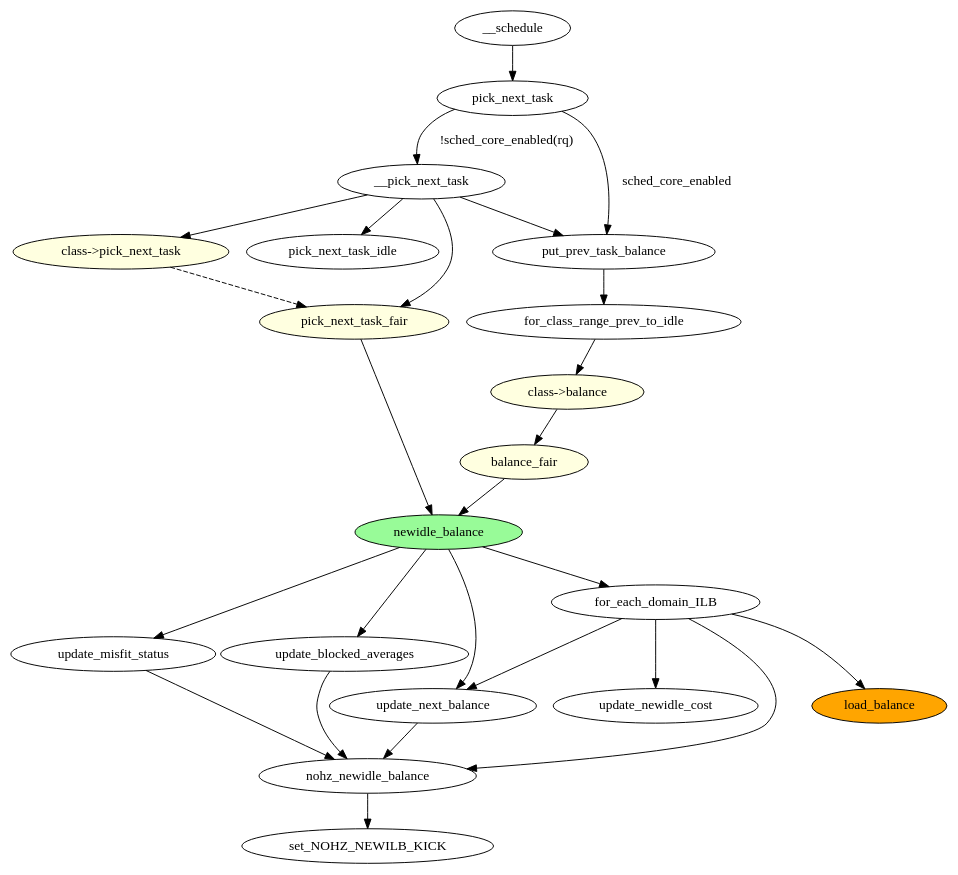
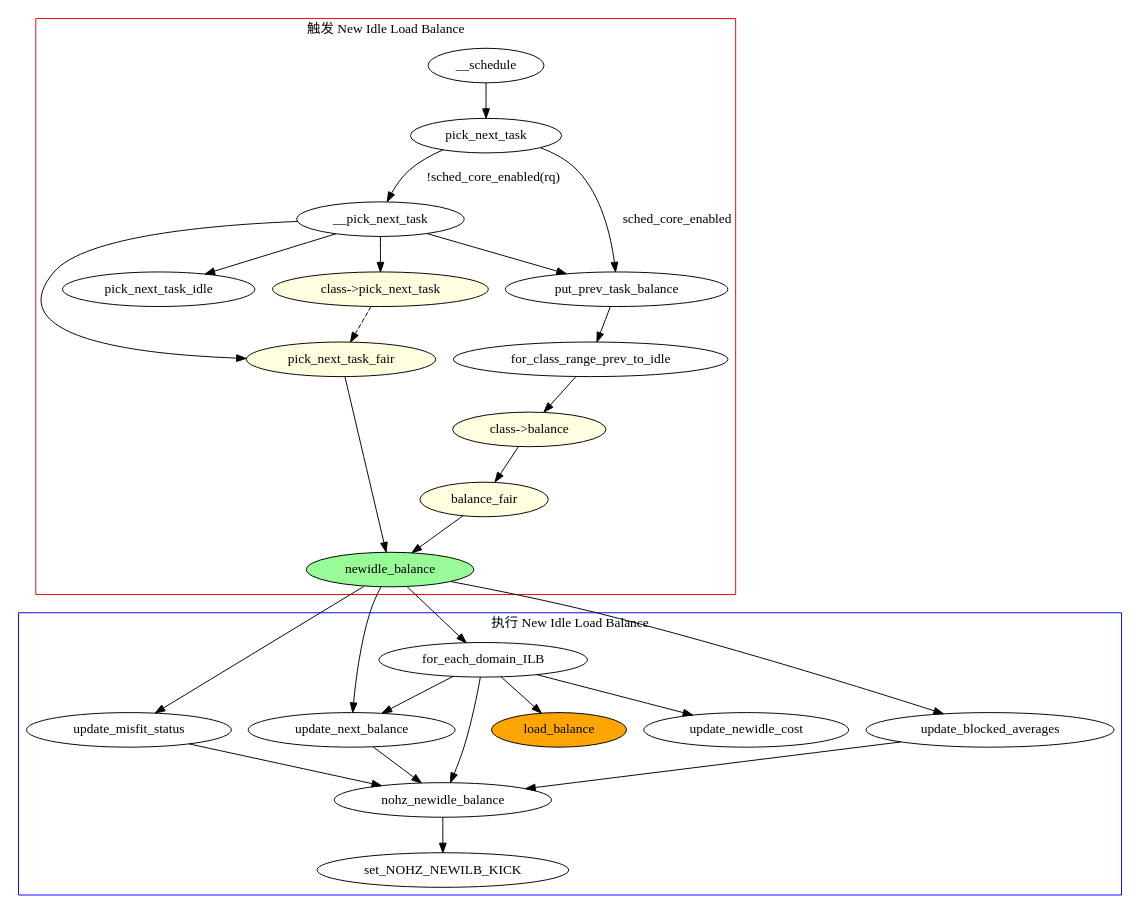
Before and after one commit to gatieme/LDD-LinuxDeviceDrivers: the diagram in study/kernel/01-process/05-schedule/07-cfs/10-load_balance/newidle_balance.gv, drawn with Graphviz. The commit also changed 12 other files, not shown here.

```diff
--- a/study/kernel/01-process/05-schedule/07-cfs/10-load_balance/newidle_balance.gv
+++ b/study/kernel/01-process/05-schedule/07-cfs/10-load_balance/newidle_balance.gv
@@ -1,27 +1,38 @@
 digraph newidle_balance {
 	// IDLE 负载均衡器
-	__schedule -> pick_next_task;// -> {__pick_next_task, put_prev_task_balance};
-	pick_next_task -> __pick_next_task [label="!sched_core_enabled(rq)"];
-	pick_next_task -> put_prev_task_balance [label="sched_core_enabled"];
+	subgraph cluster_1 {
+		label = "触发 New Idle Load Balance";
+		color=red;
 
-	__pick_next_task -> {pick_next_task_fair, pick_next_task_idle, put_prev_task_balance, class_pick_next_task};
-	class_pick_next_task -> pick_next_task_fair [style=dashed];
-	put_prev_task_balance -> for_class_range_prev_to_idle -> class_balance -> balance_fair -> newidle_balance;
-	pick_next_task_fair -> newidle_balance
-	newidle_balance -> {update_misfit_status, update_next_balance, update_blocked_averages, for_each_domain_ILB} -> nohz_newidle_balance;
+		__schedule -> pick_next_task;// -> {__pick_next_task, put_prev_task_balance};
+		pick_next_task -> __pick_next_task [label="!sched_core_enabled(rq)"];
+		pick_next_task -> put_prev_task_balance [label="sched_core_enabled"];
 
-	for_each_domain_ILB -> {update_next_balance, load_balance, update_newidle_cost};
-	nohz_newidle_balance -> set_NOHZ_NEWILB_KICK
+		__pick_next_task -> {pick_next_task_fair, pick_next_task_idle, put_prev_task_balance, class_pick_next_task};
+		class_pick_next_task -> pick_next_task_fair [style=dashed];
+		put_prev_task_balance -> for_class_range_prev_to_idle -> class_balance -> balance_fair -> newidle_balance;
+		pick_next_task_fair -> newidle_balance;
+	};
+
+	subgraph cluster_2 {
+		label = "执行 New Idle Load Balance";
+		color=blue;
+
+		newidle_balance -> {update_misfit_status, update_next_balance, update_blocked_averages, for_each_domain_ILB} -> nohz_newidle_balance;
+
+		for_each_domain_ILB -> {update_next_balance, load_balance, update_newidle_cost};
+		nohz_newidle_balance -> set_NOHZ_NEWILB_KICK
+	};
 
 	// caller
 	pick_next_task_fair [label="pick_next_task_fair"; style=filled; fillcolor=lightyellow; shape=oval];
 	class_balance [label="class->balance"; style=filled; fillcolor=lightyellow; shape=oval];
 	class_pick_next_task [label="class->pick_next_task"; style=filled; fillcolor=lightyellow; shape=oval];
 	balance_fair [label="balance_fair"; style=filled; fillcolor=lightyellow; shape=oval];
 
 	// function
 	newidle_balance [label="newidle_balance"; style=filled; fillcolor=palegreen; shape=oval];
 
 	// callee
 	load_balance [label="load_balance"; style=filled; fillcolor=orange; shape=oval];
 }
```
